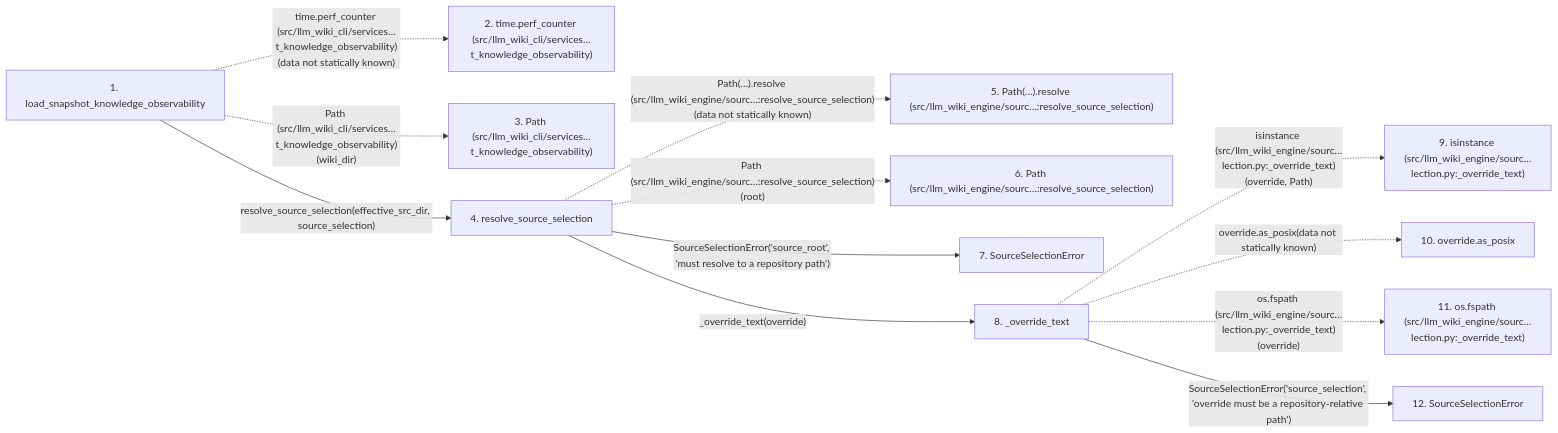
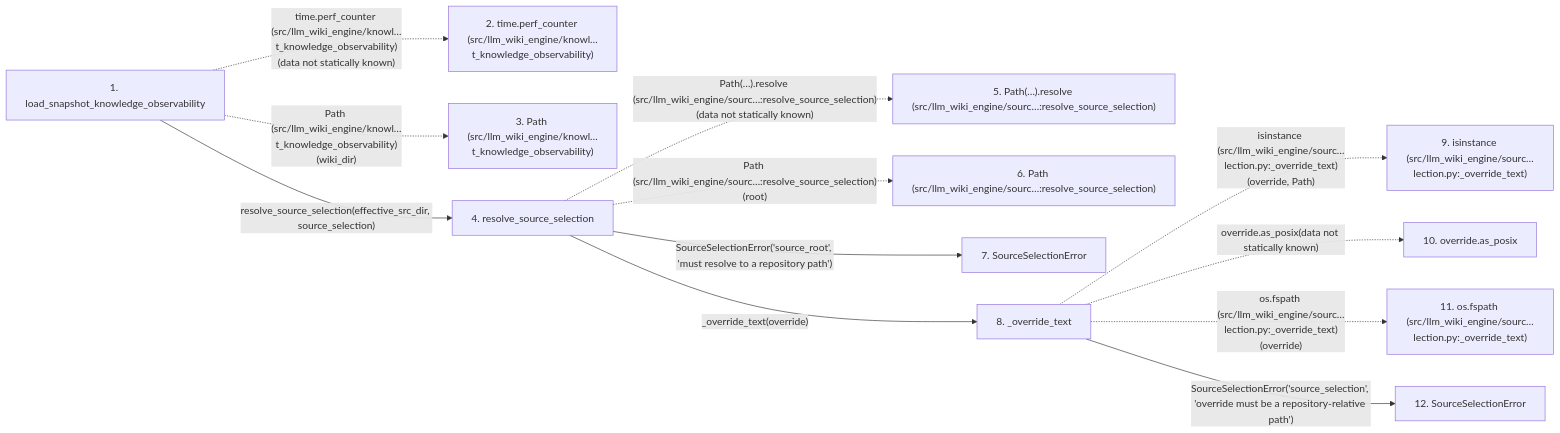
Before and after one commit to Denissvgn/python-wiki-llm: the second of 2 diagrams in docs/llm_wiki/flows/api-load_snapshot_knowledge_observability.md, drawn with Mermaid. The commit also changed other lines of this file and 1058 other files, not shown here.

First line of the commit message:
docs: refresh the wiki for the knowledge store move

````diff
--- a/docs/llm_wiki/flows/api-load_snapshot_knowledge_observability.md
+++ b/docs/llm_wiki/flows/api-load_snapshot_knowledge_observability.md
@@ -178,31 +173,31 @@
 ```mermaid
 flowchart LR
     s1["1. load_snapshot_knowledge_observability"]
-    s2["2. time.perf_counter (src/llm_wiki_cli/services…t_knowledge_observability)"]
-    s3["3. Path (src/llm_wiki_cli/services…t_knowledge_observability)"]
+    s2["2. time.perf_counter (src/llm_wiki_engine/knowl…t_knowledge_observability)"]
+    s3["3. Path (src/llm_wiki_engine/knowl…t_knowledge_observability)"]
     s4["4. resolve_source_selection"]
     s5["5. Path(…).resolve (src/llm_wiki_engine/sourc…:resolve_source_selection)"]
     s6["6. Path (src/llm_wiki_engine/sourc…:resolve_source_selection)"]
     s7["7. SourceSelectionError"]
     s8["8. _override_text"]
     s9["9. isinstance (src/llm_wiki_engine/sourc…lection.py:_override_text)"]
     s10["10. override.as_posix"]
     s11["11. os.fspath (src/llm_wiki_engine/sourc…lection.py:_override_text)"]
     s12["12. SourceSelectionError"]
-    s1 -. "time.perf_counter (src/llm_wiki_cli/services…t_knowledge_observability)(data not statically known)" .-> s2
-    s1 -. "Path (src/llm_wiki_cli/services…t_knowledge_observability)(wiki_dir)" .-> s3
+    s1 -. "time.perf_counter (src/llm_wiki_engine/knowl…t_knowledge_observability)(data not statically known)" .-> s2
+    s1 -. "Path (src/llm_wiki_engine/knowl…t_knowledge_observability)(wiki_dir)" .-> s3
     s1 -->|"resolve_source_selection(effective_src_dir, source_selection)"| s4
     s4 -. "Path(…).resolve (src/llm_wiki_engine/sourc…:resolve_source_selection)(data not statically known)" .-> s5
     s4 -. "Path (src/llm_wiki_engine/sourc…:resolve_source_selection)(root)" .-> s6
     s4 -->|"SourceSelectionError('source_root', 'must resolve to a repository path')"| s7
     s4 -->|"_override_text(override)"| s8
     s8 -. "isinstance (src/llm_wiki_engine/sourc…lection.py:_override_text)(override, Path)" .-> s9
     s8 -. "override.as_posix(data not statically known)" .-> s10
     s8 -. "os.fspath (src/llm_wiki_engine/sourc…lection.py:_override_text)(override)" .-> s11
     s8 -->|"SourceSelectionError('source_selection', 'override must be a repository-relative path')"| s12
     click s1 "../modules/knowledge_observability.md"
     click s4 "../modules/source_selection.md"
     click s7 "../modules/source_selection.md"
     click s8 "../modules/source_selection.md"
     click s12 "../modules/source_selection.md"
 ```
````
